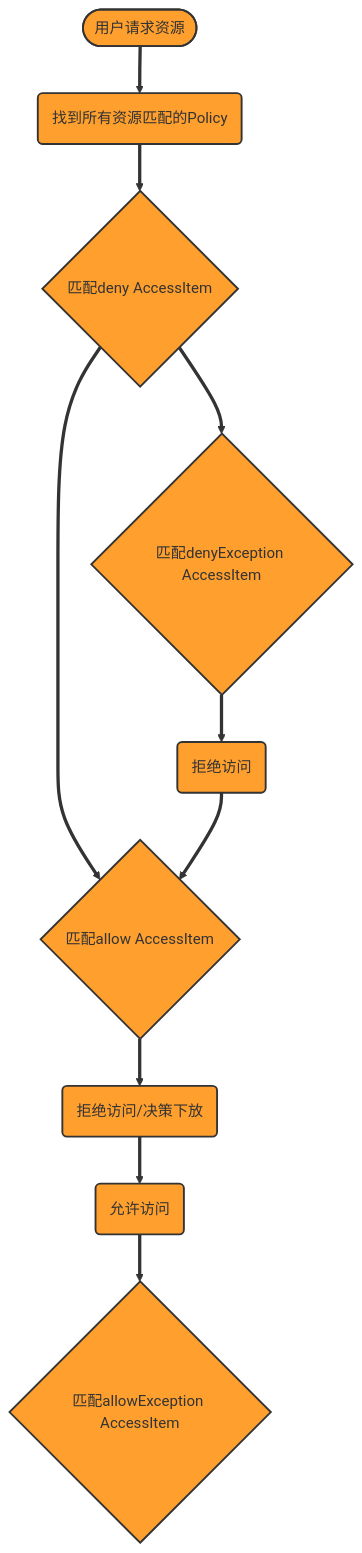
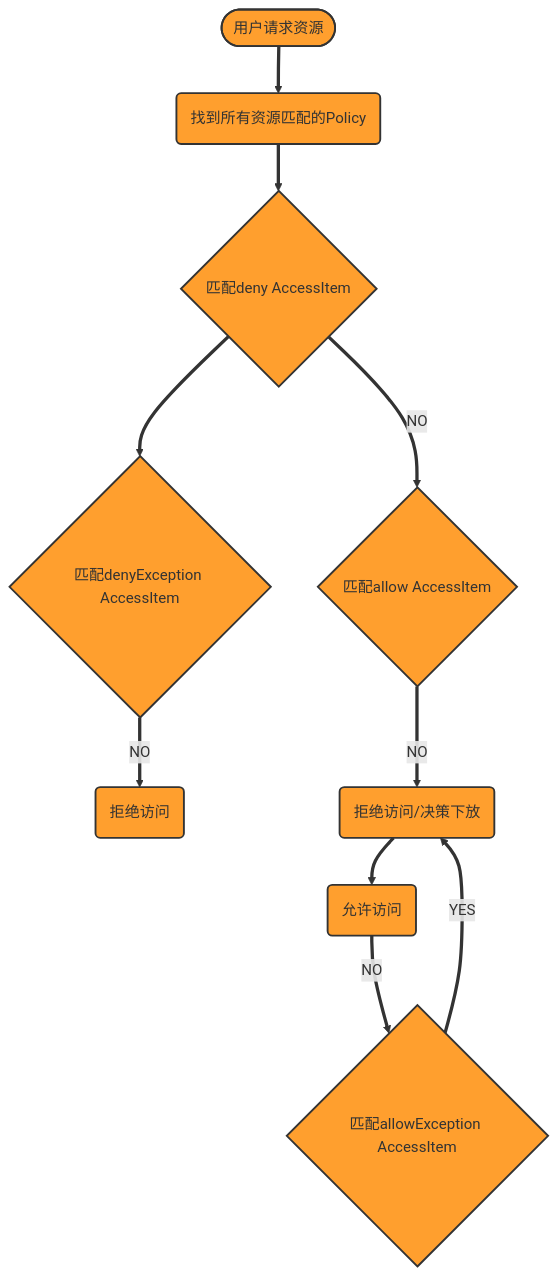
One commit to cftang/paddle-test changed the diagram in chart.md. Above: the diagram before and after it, drawn with Mermaid.

````diff
--- a/chart.md
+++ b/chart.md
@@ -1,27 +1,24 @@
 ```mermaid
 graph TD
    A([用户请求资源])
  ==> B(找到所有资源匹配的Policy)
-==> C{匹配deny AccessItem} ==> F{匹配allow AccessItem}
+==> C{匹配deny AccessItem} == NO ==> F{匹配allow AccessItem}
 
-C ==> D{匹配denyException AccessItem}
-==> E(拒绝访问)
+C ==> D{匹配denyException AccessItem} == NO ==> E(拒绝访问)
 
-==> F
-==> G(拒绝访问/决策下放)
+F == NO ==> G(拒绝访问/决策下放)
 
-==> H(允许访问)
-==> I{匹配allowException AccessItem}
+==> H(允许访问) == NO ==> I{匹配allowException AccessItem} == YES ==>G
 
 
 	style A fill:#ff9f2e, stroke: #333, stroke-width: 2px;
 	style B fill:#ff9f2e, stroke: #333, stroke-width: 2px;
 	style C fill:#ff9f2e, stroke: #333, stroke-width: 2px;
 	style D fill:#ff9f2e, stroke: #333, stroke-width: 2px;
 	style E fill:#ff9f2e, stroke: #333, stroke-width: 2px;
 	style F fill:#ff9f2e, stroke: #333, stroke-width: 2px;
 	style G fill:#ff9f2e, stroke: #333, stroke-width: 2px;
 	style H fill:#ff9f2e, stroke: #333, stroke-width: 2px;
 	style I fill:#ff9f2e, stroke: #333, stroke-width: 2px;
 	
 ```
````
